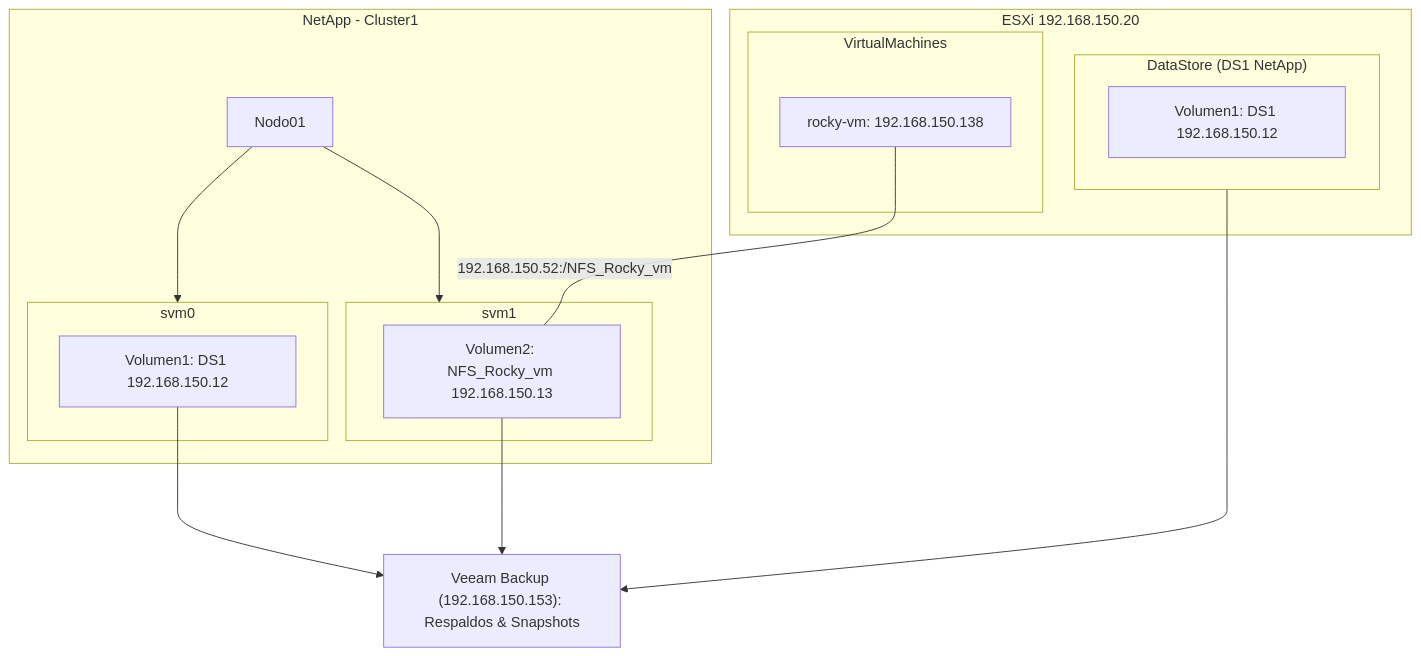
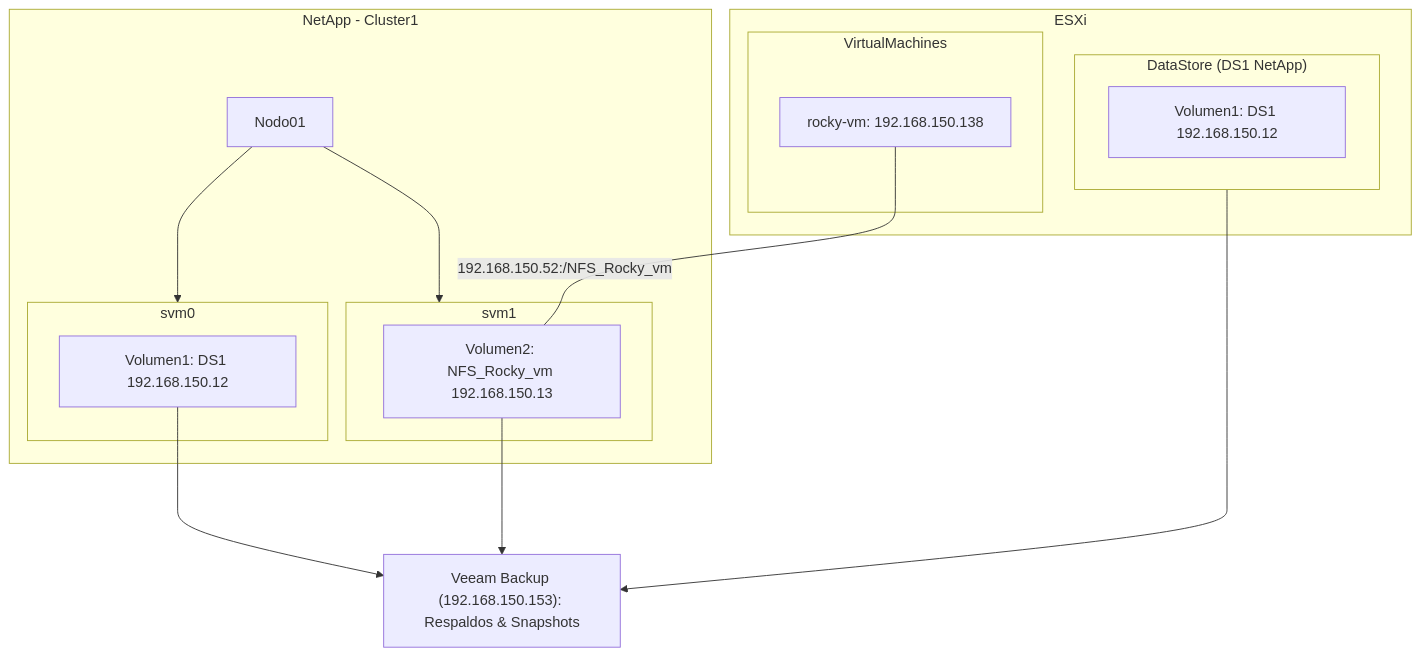
One commit to keaguirre/Notebook changed the diagram in Respaldo&Recuperacion.md. Above: the diagram before and after it, drawn with Mermaid. The commit also changed other lines of this file, not shown here.

````diff
--- a/Respaldo&Recuperacion.md
+++ b/Respaldo&Recuperacion.md
@@ -195,30 +203,30 @@
 ```mermaid
 graph TD
     subgraph NetApp_Cluster1 ["NetApp - Cluster1"]
         Nodo01["Nodo01"]
         subgraph svm0 ["svm0"]
             DS1["Volumen1: DS1 192.168.150.12"]
         end
         subgraph svm1 ["svm1"]
             NFS_Rocky_vm["Volumen2: NFS_Rocky_vm 192.168.150.13"]
         end
         Nodo01 --> svm0
         Nodo01 --> svm1
     end
 
-    subgraph ESXi ["ESXi 192.168.150.20"]
+    subgraph ESXi ["ESXi"]
         subgraph DataStore ["DataStore (DS1 NetApp)"]
             DataStore1["Volumen1: DS1 192.168.150.12"]
         end
         subgraph VirtualMachines ["VirtualMachines"]
             rocky_vm["rocky-vm: 192.168.150.138"]
         end
     end
 
     VeeamBackup["Veeam Backup (192.168.150.153): Respaldos & Snapshots"]
 
     rocky_vm ---|192.168.150.52:/NFS_Rocky_vm| NFS_Rocky_vm
     DS1 ---> VeeamBackup
     NFS_Rocky_vm ---> VeeamBackup
     DataStore -->  VeeamBackup
 ```
````
